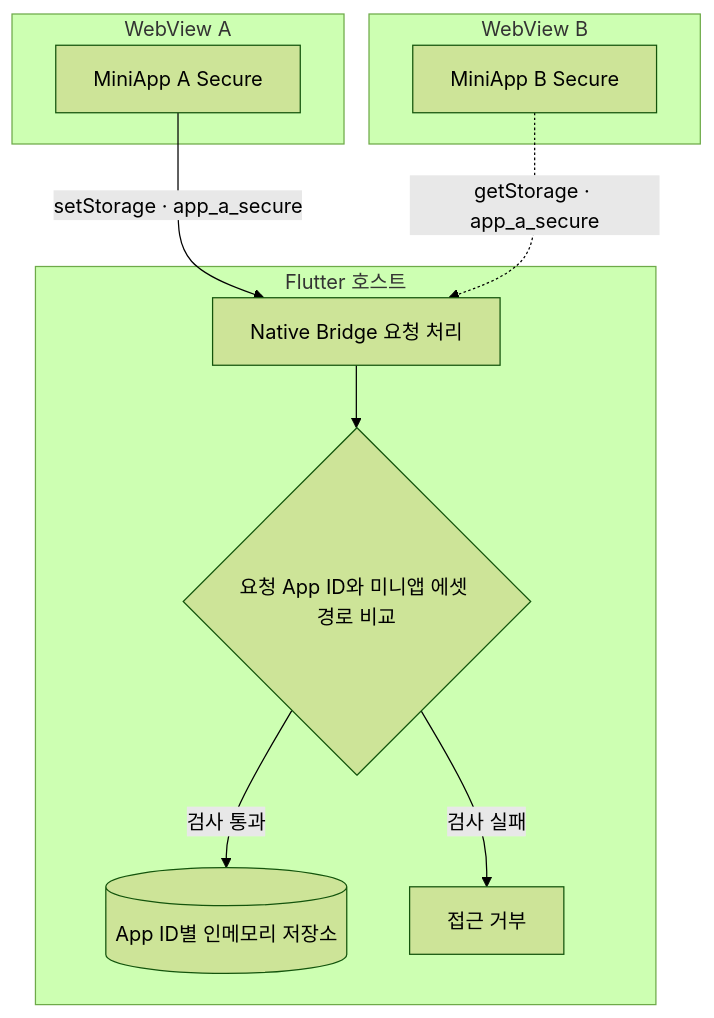
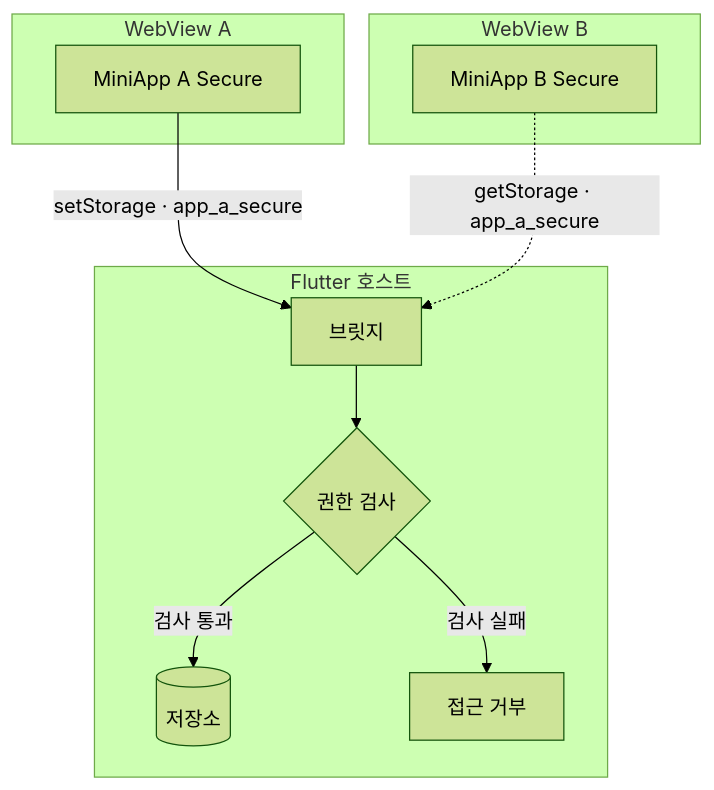
Before and after one commit to cheonmandack/superapp-miniapp-security: the diagram in README.md, drawn with Mermaid (forest theme). The commit also changed other lines of this file, not shown here.

````diff
--- a/README.md
+++ b/README.md
@@ -48,24 +48,24 @@
 ```mermaid
 graph TD
     subgraph WA["WebView A"]
         A["MiniApp A Secure"]
     end
 
     subgraph WB["WebView B"]
         B["MiniApp B Secure"]
     end
 
     subgraph HOST["Flutter 호스트"]
-        C["Native Bridge 요청 처리"]
-        D{"요청 App ID와 미니앱 에셋 경로 비교"}
-        E[("App ID별 인메모리 저장소")]
+        C["브릿지"]
+        D{"권한 검사"}
+        E[("저장소")]
         F["접근 거부"]
 
         C --> D
         D -->|"검사 통과"| E
         D -->|"검사 실패"| F
     end
 
     A -->|"setStorage · app_a_secure"| C
     B -.->|"getStorage · app_a_secure"| C
 ```
````
